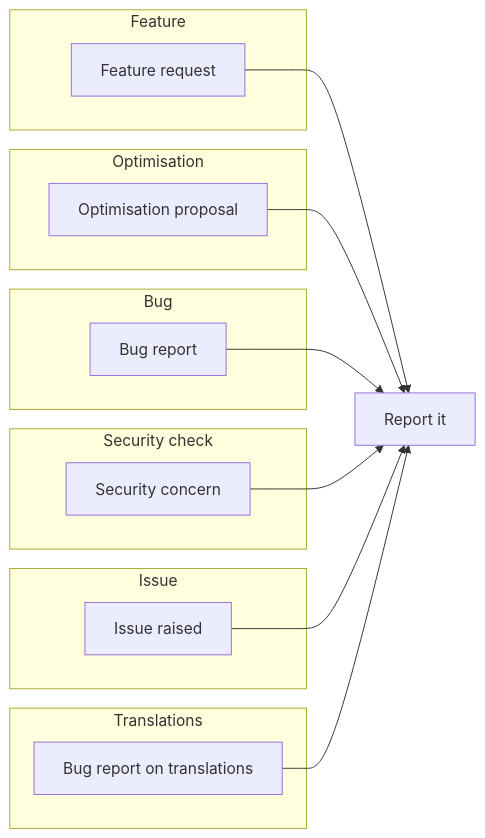
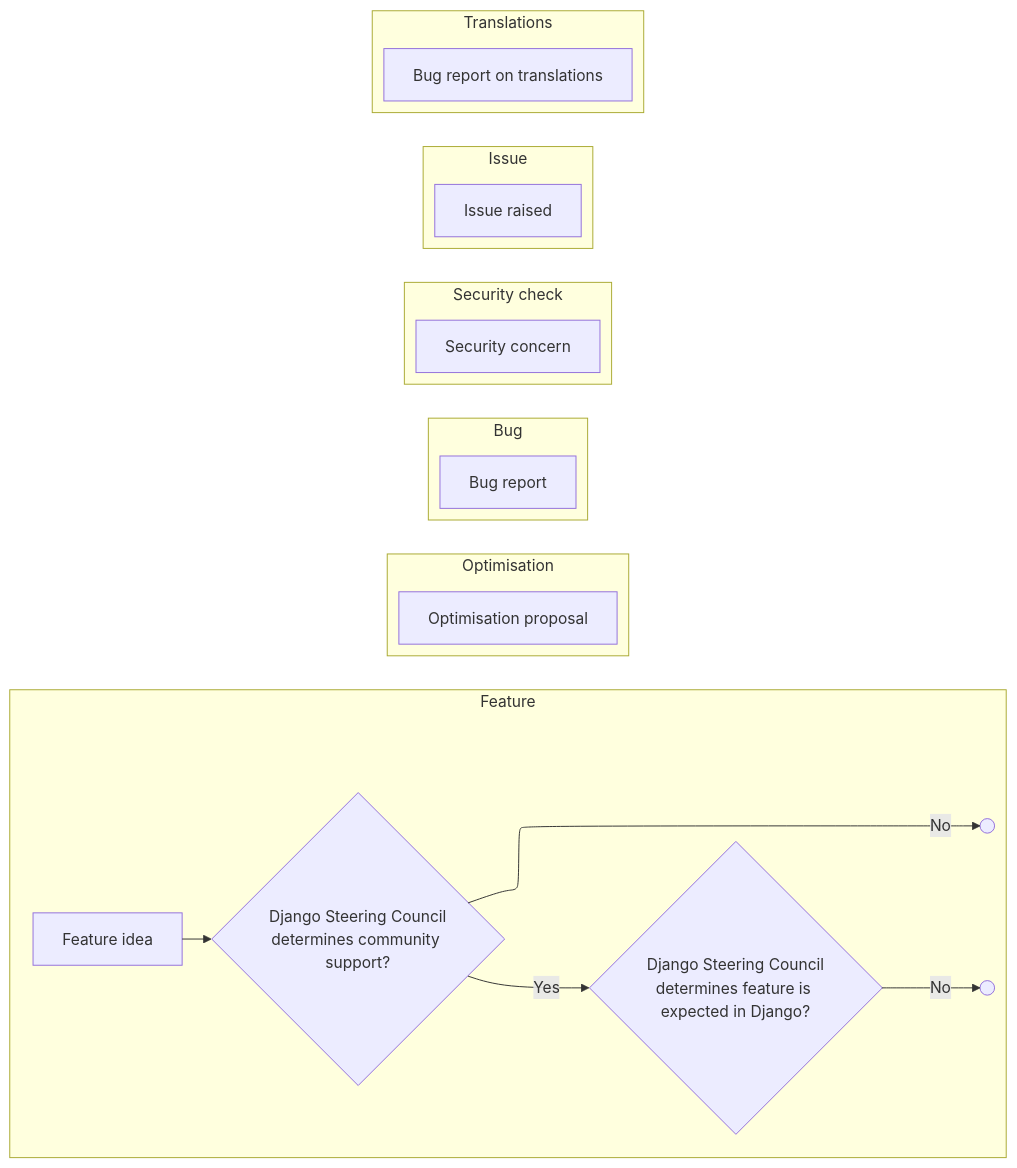
One commit to HatfieldAlex/speaking changed the diagram in roundtable-26-09-11/diagram.md. Above: the diagram before and after it, drawn with Mermaid.

Commit message:
added two columns, for intake and resolutions

````diff
--- a/roundtable-26-09-11/diagram.md
+++ b/roundtable-26-09-11/diagram.md
@@ -3,28 +3,30 @@
 ```mermaid
+%%{init: {"flowchart": {"defaultRenderer": "elk"}} }%%
 flowchart LR
     subgraph L1[Feature]
-        A[Feature request]
+        direction TB
+        subgraph L1a[ ]
+            direction LR
+            A[Feature idea] --> A2{Django Steering Council<br/>determines community support?}
+            A2 -->|Yes| A4{Django Steering Council<br/>determines feature is expected in Django?}
+        end
+        A2 -->|No| A3(( ))
+        A4 -->|No| A5(( ))
     end
+    style L1a fill:none,stroke:none
     subgraph L2[Optimisation]
         B[Optimisation proposal]
     end
     subgraph L3[Bug]
         C[Bug report]
     end
     subgraph L4[Security check]
         D[Security concern]
     end
     subgraph L5[Issue]
         E[Issue raised]
     end
     subgraph L6[Translations]
         F[Bug report on translations]
     end
-
-    A --> G[Report it]
-    B --> G
-    C --> G
-    D --> G
-    E --> G
-    F --> G
 ```
````
